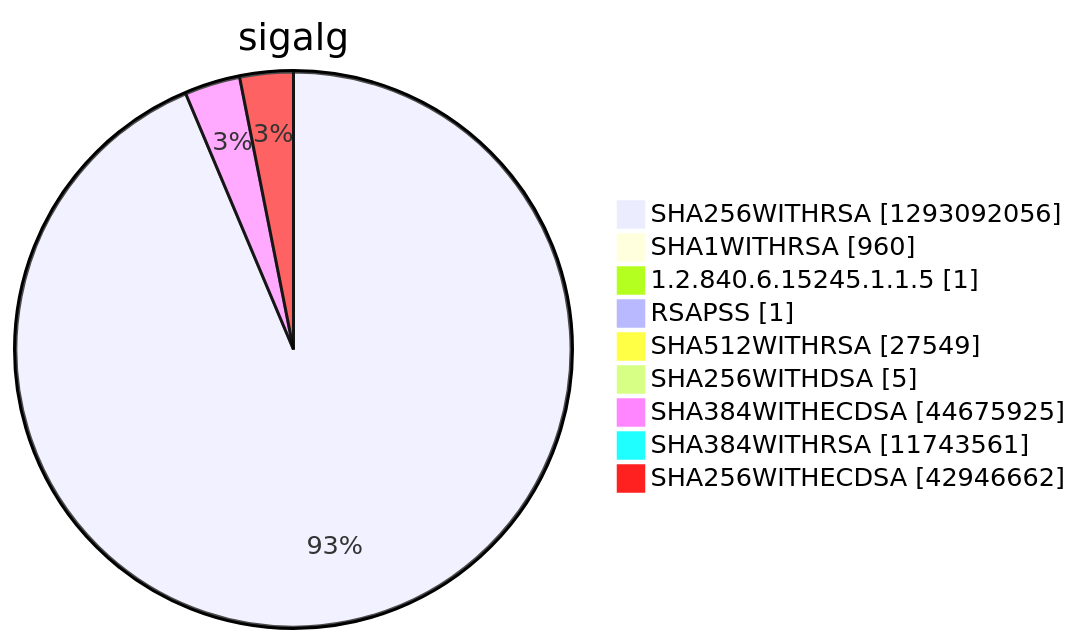
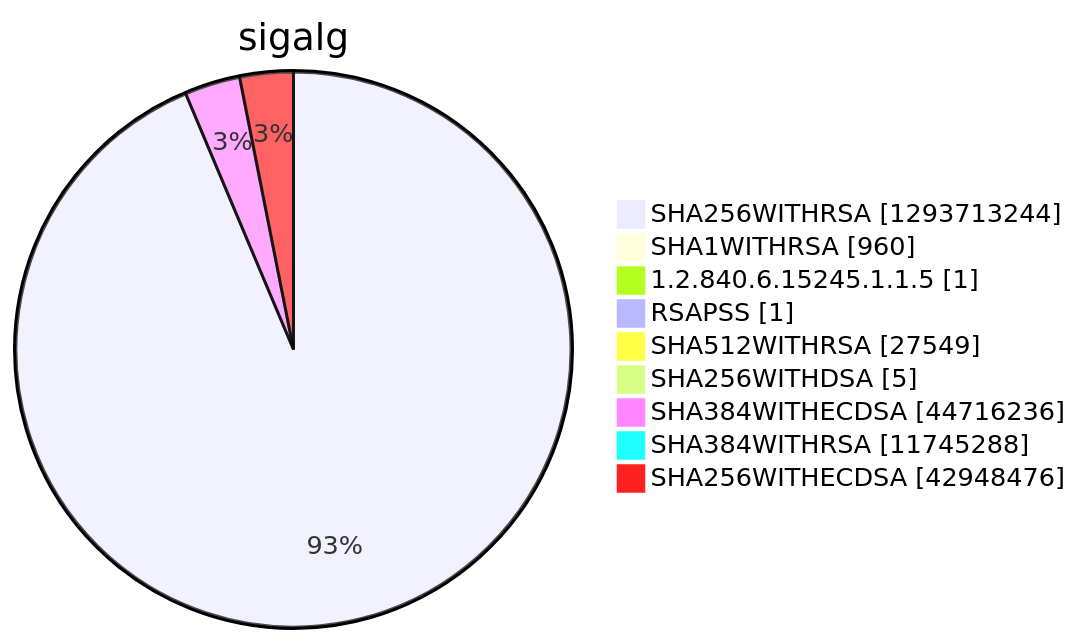
One commit to christiankrug/ctmonitor_visualization changed diagram 15 of 15 in argon2022/README.md. Above: the diagram before and after it, drawn with Mermaid. The commit also changed other lines of this file, not shown here.

````diff
--- a/argon2022/README.md
+++ b/argon2022/README.md
@@ -5523,13 +5523,13 @@
 ```mermaid
 pie showData
 title sigalg
-"SHA256WITHRSA" :1293092056
+"SHA256WITHRSA" :1293713244
 "SHA1WITHRSA" :960
 "1.2.840.6.15245.1.1.5" :1
 "RSAPSS" :1
 "SHA512WITHRSA" :27549
 "SHA256WITHDSA" :5
-"SHA384WITHECDSA" :44675925
-"SHA384WITHRSA" :11743561
-"SHA256WITHECDSA" :42946662
+"SHA384WITHECDSA" :44716236
+"SHA384WITHRSA" :11745288
+"SHA256WITHECDSA" :42948476
 ```
````
